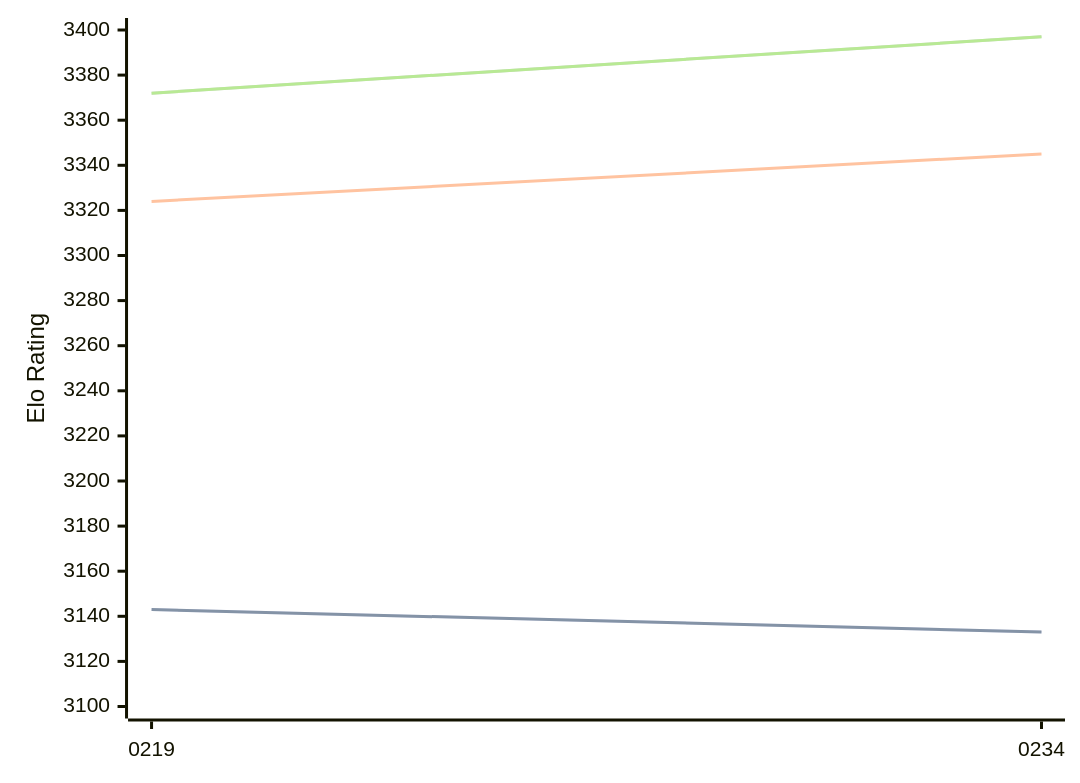
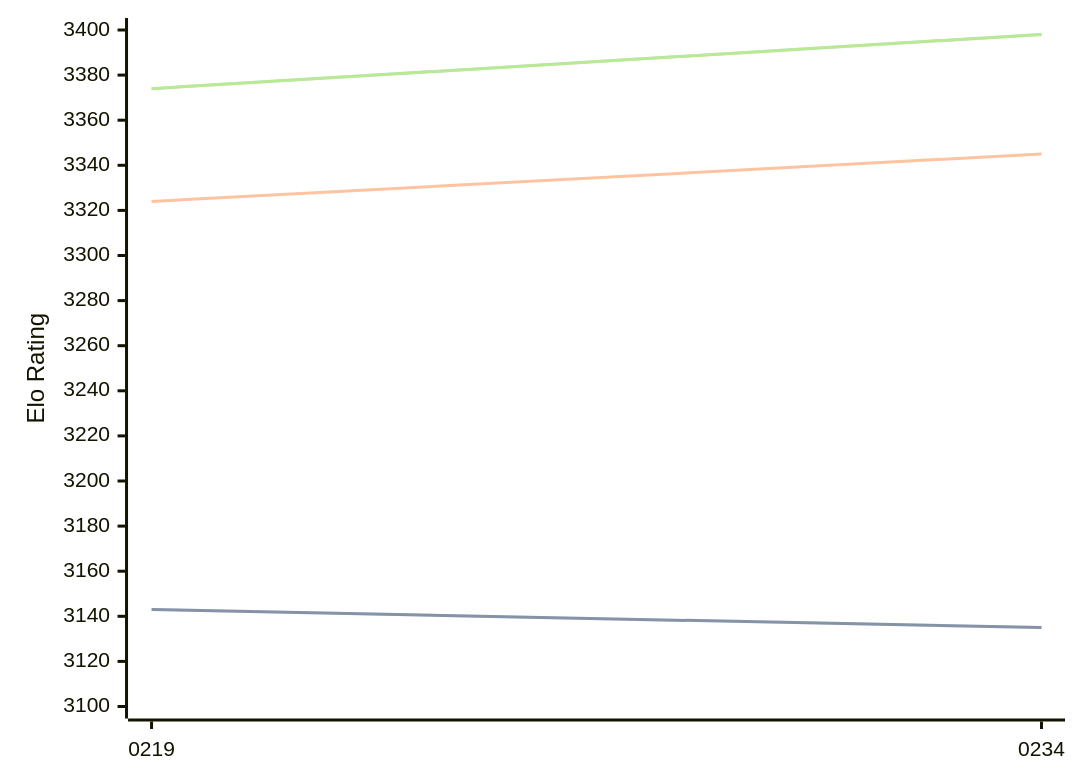
One commit to computer-chess-index/cci changed the diagram in engines/Ynode.md. Above: the diagram before and after it, drawn with Mermaid. The commit also changed other lines of this file, not shown here.

Commit message:
Update CCI Ratings (ELO VLTC) - 2026-09-07

````diff
--- a/engines/Ynode.md
+++ b/engines/Ynode.md
@@ -32,11 +32,11 @@
 ```mermaid
 %%{init: {"theme":"base","themeVariables":{"seriesColors:['#a3a3a3','#222221','#faa371']}}}%%
 xychart-beta
   x-axis ["0219", "0234"]
   y-axis "Elo Rating" 3100 --> 3400
-  line "" [3143, 3133]
-  line "STC (8.0+0.08s)" [3143, 3133]
+  line "" [3143, 3135]
+  line "STC (8.0+0.08s)" [3143, 3135]
   line "LTC (60.0+0.60s)" [3324, 3345]
-  line "" [3372, 3397]
-  line "VLTC (2m24s+1.12s)" [3372, 3397]
+  line "" [3374, 3398]
+  line "VLTC (2m24s+1.12s)" [3374, 3398]
 ```
````
